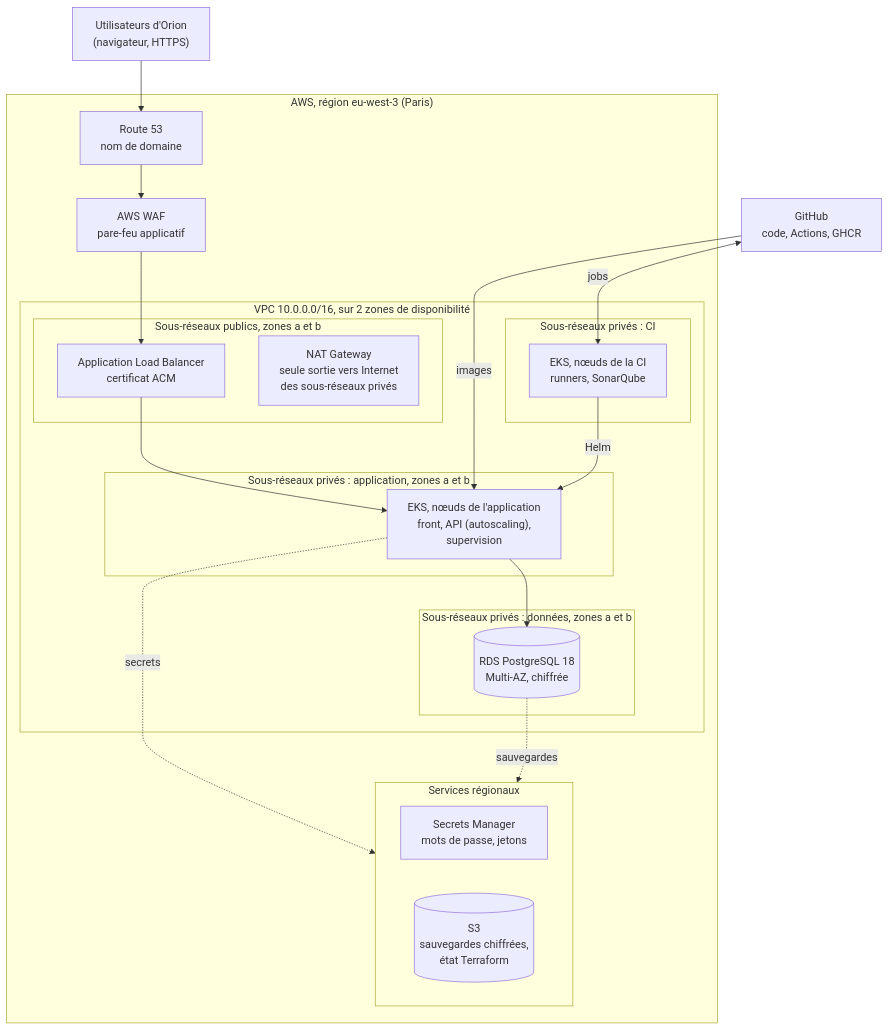
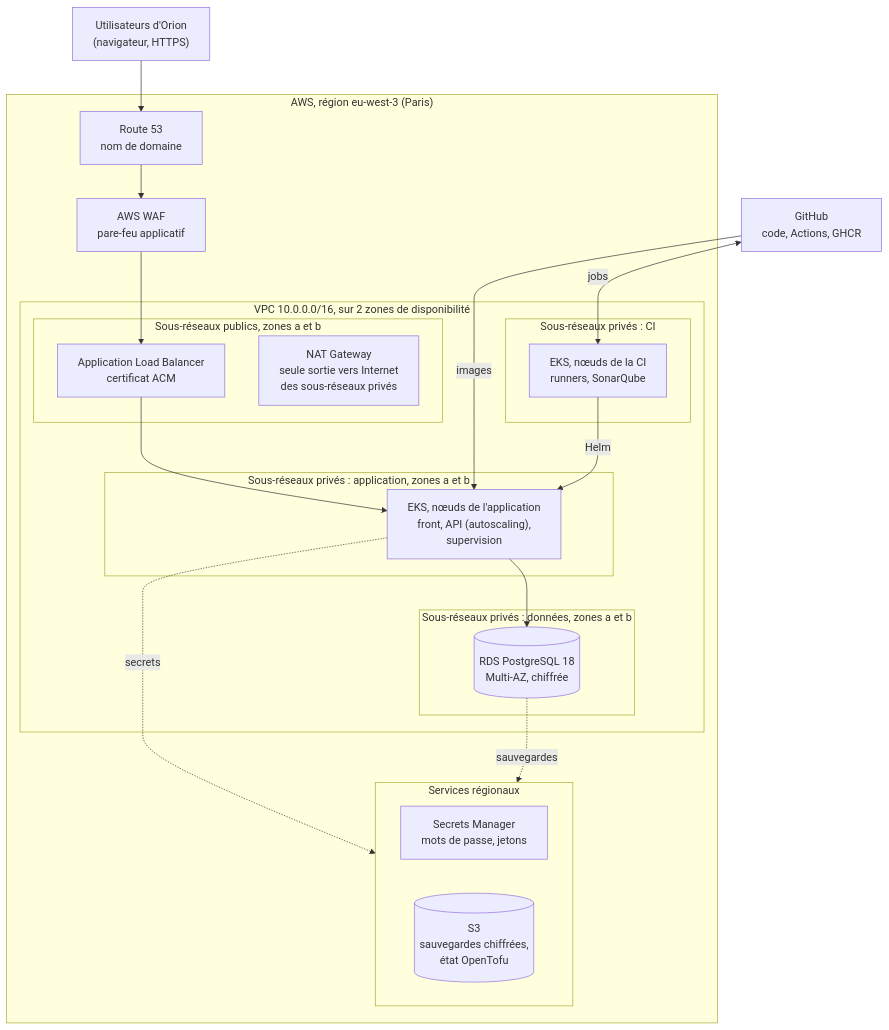
The third of 5 diagrams in docs/03-documentation-ci-cd.md (yohanbouchet/orion), drawn with Mermaid before and after one commit. The commit also changed other lines of this file and 6 other files, not shown here.

First line of the commit message:
docs: documente le passage à OpenTofu

````diff
--- a/docs/03-documentation-ci-cd.md
+++ b/docs/03-documentation-ci-cd.md
@@ -370,36 +372,36 @@
 ```mermaid
 flowchart TB
     users["Utilisateurs d'Orion<br/>(navigateur, HTTPS)"]
     gh["GitHub<br/>code, Actions, GHCR"]
     subgraph aws["AWS, région eu-west-3 (Paris)"]
         r53["Route 53<br/>nom de domaine"]
         waf["AWS WAF<br/>pare-feu applicatif"]
         subgraph vpc["VPC 10.0.0.0/16, sur 2 zones de disponibilité"]
             subgraph pub["Sous-réseaux publics, zones a et b"]
                 alb["Application Load Balancer<br/>certificat ACM"]
                 nat["NAT Gateway<br/>seule sortie vers Internet<br/>des sous-réseaux privés"]
             end
             subgraph cin["Sous-réseaux privés : CI"]
                 runners["EKS, nœuds de la CI<br/>runners, SonarQube"]
             end
             subgraph app["Sous-réseaux privés : application, zones a et b"]
                 eks["EKS, nœuds de l'application<br/>front, API (autoscaling),<br/>supervision"]
             end
             subgraph data["Sous-réseaux privés : données, zones a et b"]
                 rds[("RDS PostgreSQL 18<br/>Multi-AZ, chiffrée")]
             end
         end
         subgraph svc["Services régionaux"]
             direction LR
             sm["Secrets Manager<br/>mots de passe, jetons"]
-            s3[("S3<br/>sauvegardes chiffrées,<br/>état Terraform")]
+            s3[("S3<br/>sauvegardes chiffrées,<br/>état OpenTofu")]
         end
     end
     users --> r53 --> waf --> alb --> eks
     gh <-->|"jobs"| runners
     gh -->|"images"| eks
     runners -->|"Helm"| eks
     eks --> rds
     eks -.->|"secrets"| sm
     rds -.->|"sauvegardes"| s3
 ```
````
